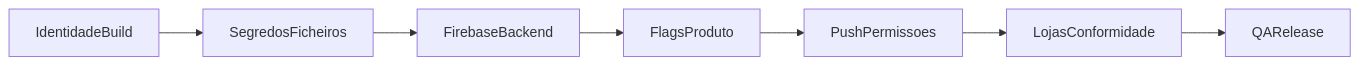
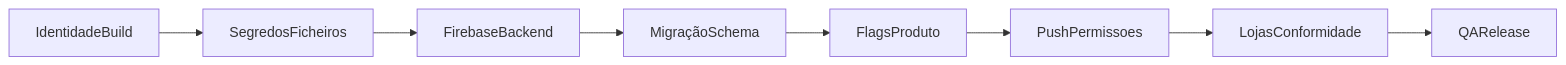
Before and after one commit to Yuri-Lima/openwhen: the diagram in planning/PRODUCTION.md, drawn with Mermaid. The commit also changed other lines of this file and 1 other file, not shown here.

First line of the commit message:
feat: update production planning with schema migration section and troubleshooting guidance

````diff
--- a/planning/PRODUCTION.md
+++ b/planning/PRODUCTION.md
@@ -239,9 +239,10 @@
 ```mermaid
 flowchart LR
   A[IdentidadeBuild] --> B[SegredosFicheiros]
   B --> C[FirebaseBackend]
-  C --> D[FlagsProduto]
+  C --> C2[MigraçãoSchema]
+  C2 --> D[FlagsProduto]
   D --> E[PushPermissoes]
   E --> F[LojasConformidade]
   F --> G[QARelease]
 ```
````
